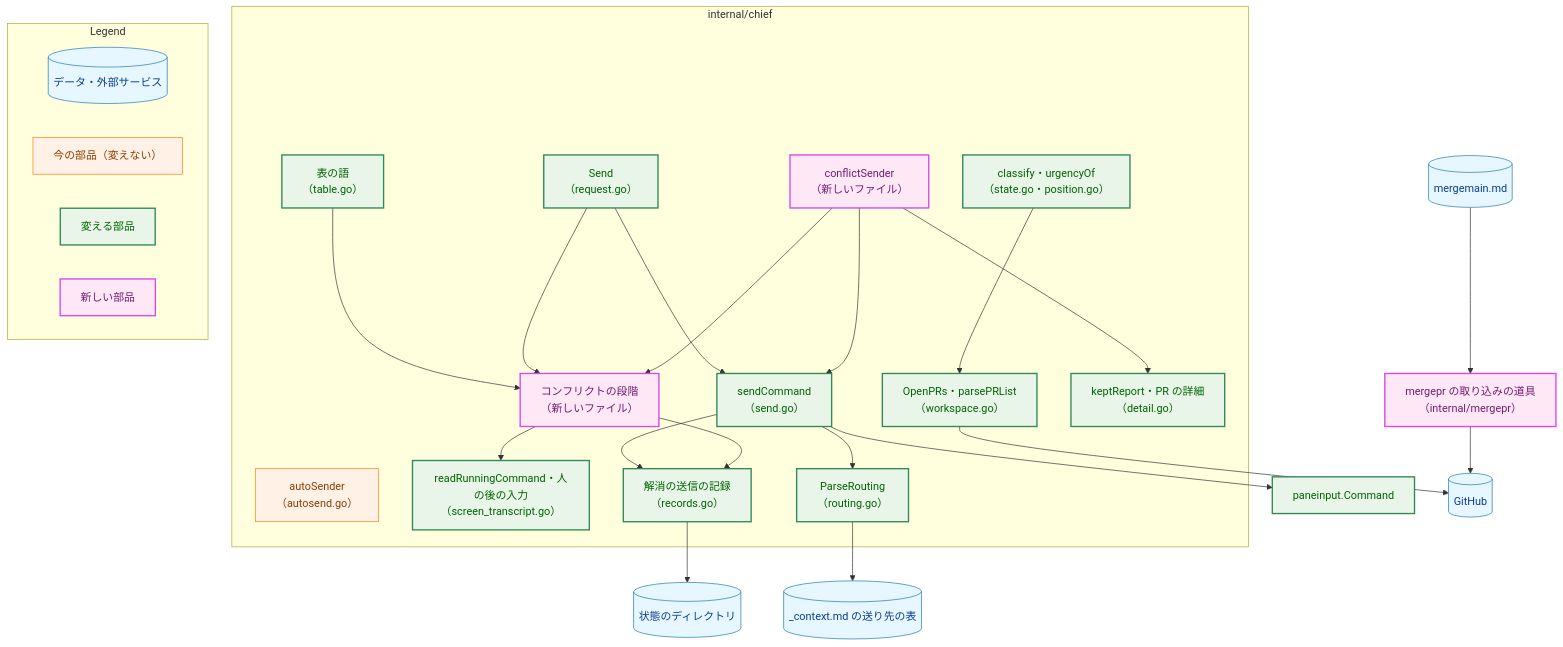
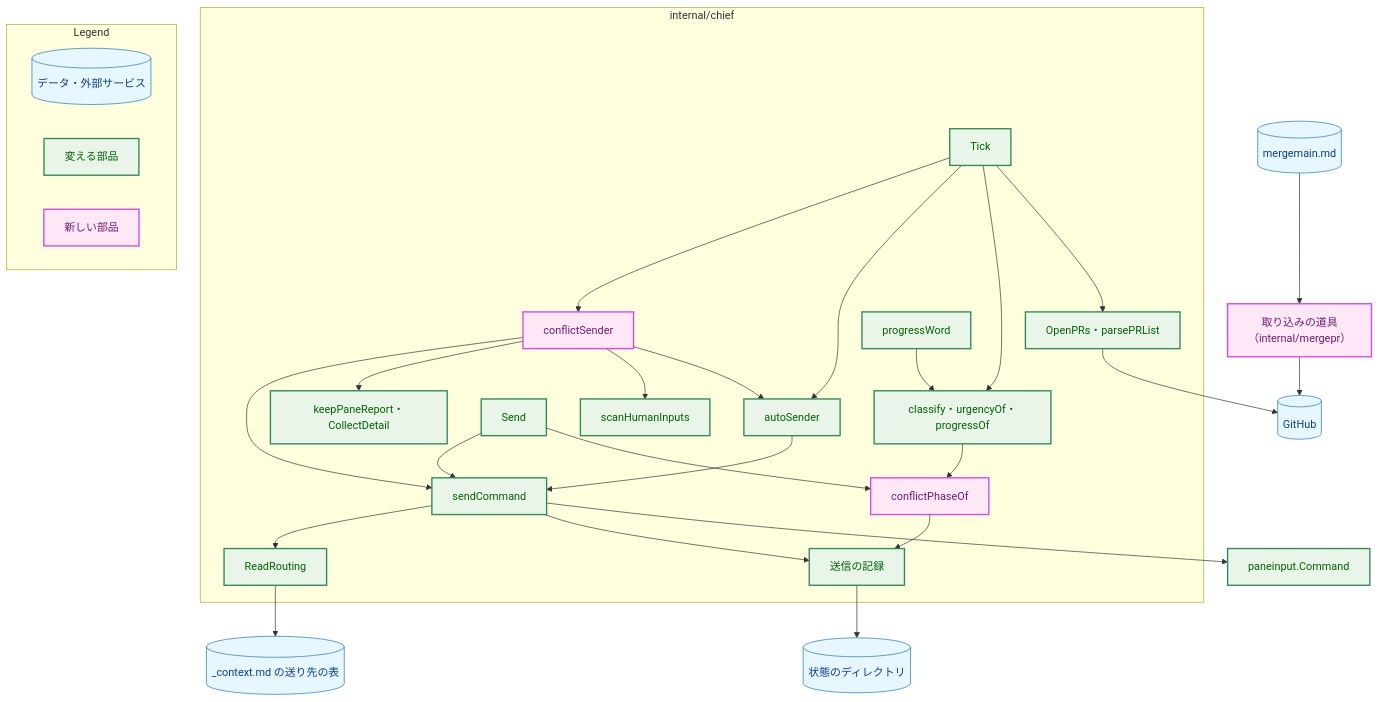
The second of 6 diagrams in docs/tasks/0115_chief_conflict_resolution/02_architecture.md (isseis/yt2column), drawn with Mermaid before and after one commit. The commit also changed other lines of this file and 3 other files, not shown here.

First line of the commit message:
docs(0115): address the architecture review and prose pass

````diff
--- a/docs/tasks/0115_chief_conflict_resolution/02_architecture.md
+++ b/docs/tasks/0115_chief_conflict_resolution/02_architecture.md
@@ -162,62 +206,64 @@
 ```mermaid
 flowchart TB
     classDef data fill:#e6f7ff,stroke:#1f77b4,stroke-width:1px,color:#0b3d91;
-    classDef process fill:#fff1e6,stroke:#ff7f0e,stroke-width:1px,color:#8a3e00;
     classDef enhanced fill:#e8f5e8,stroke:#2e8b57,stroke-width:2px,color:#006400;
     classDef newpkg fill:#ffe8f5,stroke:#d946ef,stroke-width:2px,color:#701a75;
 
     subgraph chiefpkg ["internal/chief"]
-        WS["OpenPRs・parsePRList<br>（workspace.go）"]
-        CL["classify・urgencyOf<br>（state.go・position.go）"]
-        CP["コンフリクトの段階<br>（新しいファイル）"]
-        CA["conflictSender<br>（新しいファイル）"]
-        AS["autoSender<br>（autosend.go）"]
-        SND["sendCommand<br>（send.go）"]
-        REQ["Send<br>（request.go）"]
-        DET["keptReport・PR の詳細<br>（detail.go）"]
-        TR["readRunningCommand・人の後の入力<br>（screen_transcript.go）"]
-        RS["解消の送信の記録<br>（records.go）"]
-        TB["表の語<br>（table.go）"]
-        RT["ParseRouting<br>（routing.go）"]
+        TICK["Tick"]
+        WS["OpenPRs・parsePRList"]
+        CL["classify・urgencyOf・progressOf"]
+        CP["conflictPhaseOf"]
+        AS["autoSender"]
+        CA["conflictSender"]
+        SND["sendCommand"]
+        REQ["Send"]
+        DET["keepPaneReport・CollectDetail"]
+        TR["scanHumanInputs"]
+        RS["送信の記録"]
+        TBL["progressWord"]
+        RT["ReadRouting"]
     end
     PI["paneinput.Command"]
-    MP["mergepr の取り込みの道具<br>（internal/mergepr）"]
+    MP["取り込みの道具<br>（internal/mergepr）"]
     MMD[("mergemain.md")]
     CTX[("_context.md の送り先の表")]
     GH[("GitHub")]
     STORE[("状態のディレクトリ")]
 
+    TICK --> WS
+    TICK --> CL
+    TICK --> AS
+    TICK --> CA
     WS --> GH
-    CL --> WS
+    CL --> CP
     CP --> RS
-    CP --> TR
-    CA --> CP
+    CA --> AS
+    CA --> TR
+    CA --> DET
     CA --> SND
-    CA --> DET
+    AS --> SND
     REQ --> CP
     REQ --> SND
     SND --> PI
     SND --> RS
+    SND --> RT
     RS --> STORE
-    TB --> CP
+    TBL --> CL
     RT --> CTX
-    SND --> RT
     MMD --> MP
     MP --> GH
 
-    class WS,CL,SND,REQ,DET,TR,RS,TB,RT,PI enhanced
+    class WS,CL,AS,SND,REQ,DET,TR,RS,TBL,RT,PI,TICK enhanced
     class CP,CA,MP newpkg
     class MMD,CTX,GH,STORE data
-    class AS process
 
     subgraph Legend["Legend"]
         L1[("データ・外部サービス")]
-        L2["今の部品（変えない）"]
         L3["変える部品"]
         L4["新しい部品"]
     end
     class L1 data
-    class L2 process
     class L3 enhanced
     class L4 newpkg
 ```
````
